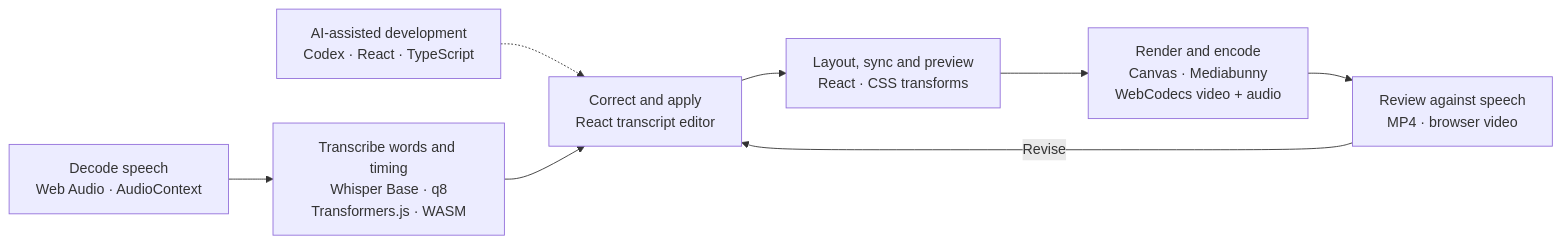
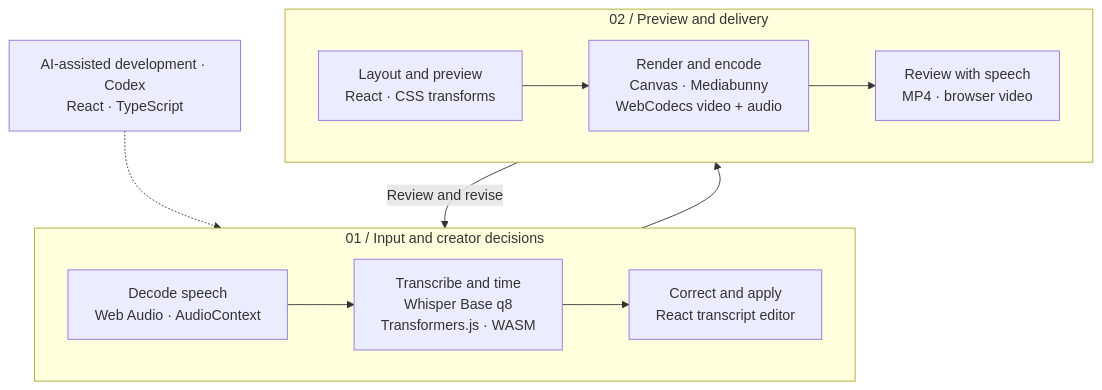
The diagram in projects/06-kinetic-typography/README.md (MuwenTriLi/creative-workflows), drawn with Mermaid before and after one commit. The commit also changed 4 other files, not shown here.

````diff
--- a/projects/06-kinetic-typography/README.md
+++ b/projects/06-kinetic-typography/README.md
@@ -36,10 +36,17 @@
 ```mermaid
-flowchart LR
-    DEV["AI-assisted development<br/>Codex · React · TypeScript"] -.-> C
-    A["Decode speech<br/>Web Audio · AudioContext"] --> B["Transcribe words and timing<br/>Whisper Base · q8<br/>Transformers.js · WASM"]
-    B --> C["Correct and apply<br/>React transcript editor"]
-    C --> D["Layout, sync and preview<br/>React · CSS transforms"]
-    D --> E["Render and encode<br/>Canvas · Mediabunny<br/>WebCodecs video + audio"]
-    E --> F["Review against speech<br/>MP4 · browser video"]
-    F -->|Revise| C
+flowchart TB
+    DEV["AI-assisted development · Codex<br/>React · TypeScript"]
+    subgraph INPUT["01 / Input and creator decisions"]
+        direction LR
+        A["Decode speech<br/>Web Audio · AudioContext"] --> B["Transcribe and time<br/>Whisper Base q8<br/>Transformers.js · WASM"]
+        B --> C["Correct and apply<br/>React transcript editor"]
+    end
+    subgraph OUTPUT["02 / Preview and delivery"]
+        direction LR
+        D["Layout and preview<br/>React · CSS transforms"] --> E["Render and encode<br/>Canvas · Mediabunny<br/>WebCodecs video + audio"]
+        E --> F["Review with speech<br/>MP4 · browser video"]
+    end
+    DEV -.-> INPUT
+    INPUT --> OUTPUT
+    OUTPUT -->|Review and revise| INPUT
 ```
````
